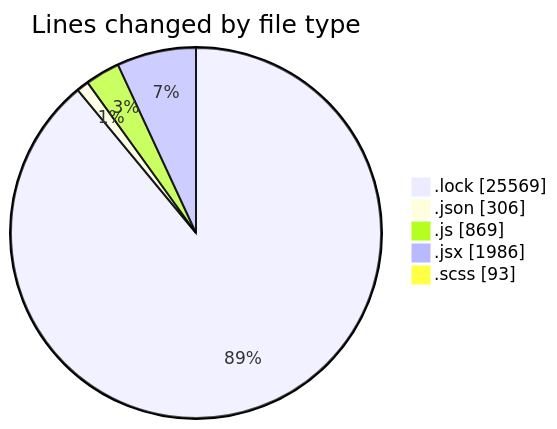
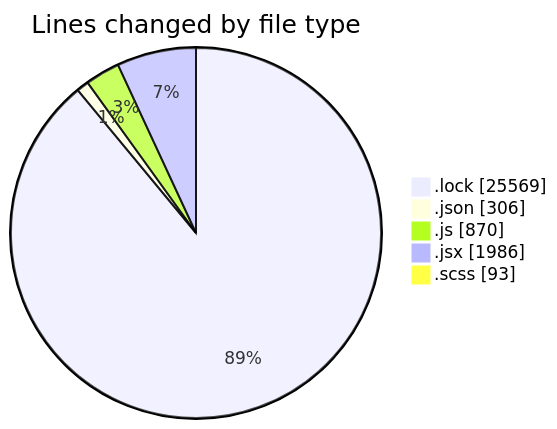
The first of 2 diagrams in 2026-01-07/cda/README.md (momahboobian/code-tracking), drawn with Mermaid before and after one commit. The commit also changed other lines of this file and 1 other file, not shown here.

````diff
--- a/2026-01-07/cda/README.md
+++ b/2026-01-07/cda/README.md
@@ -41,9 +41,9 @@
 ```mermaid
 pie showData
 title Lines changed by file type
 ".lock" : 25569
 ".json" : 306
-".js" : 869
+".js" : 870
 ".jsx" : 1986
 ".scss" : 93
 ```
````
